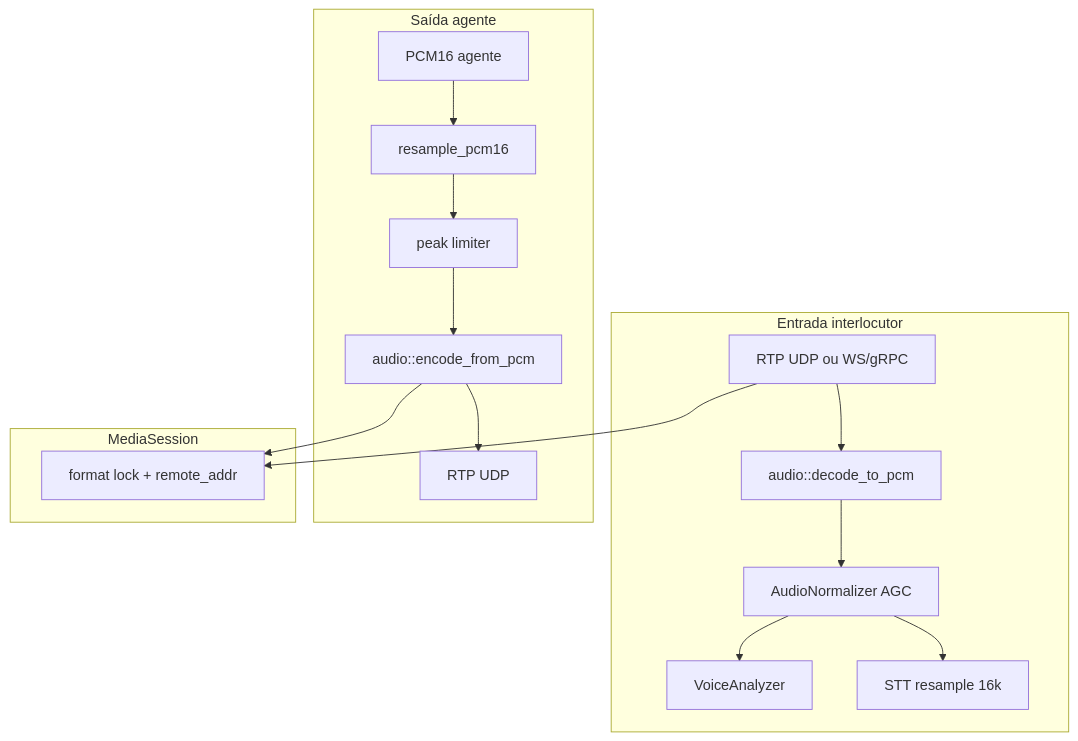
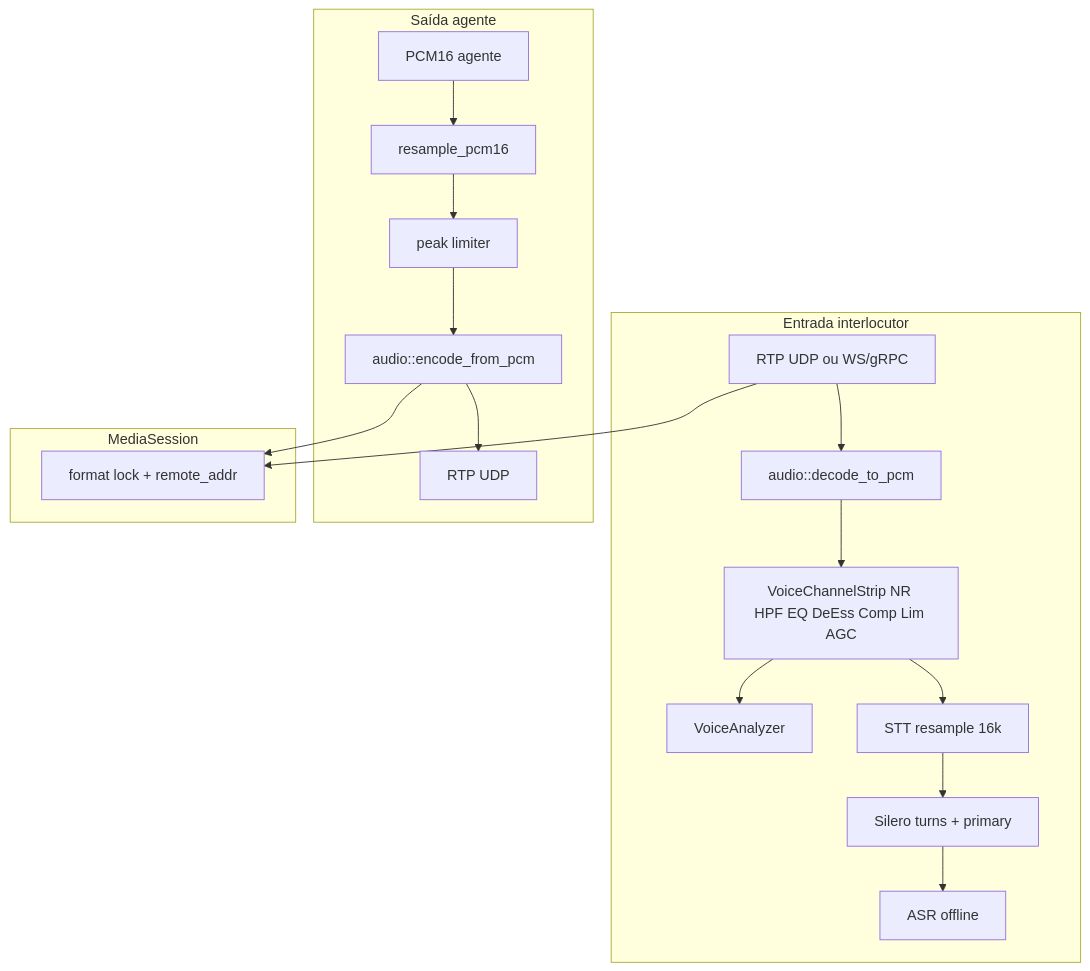
One commit to caiovmv/voiceqas changed the first of 2 diagrams in docs/spec/audio-pipeline.md. Above: the diagram before and after it, drawn with Mermaid. The commit also changed other lines of this file and 225 other files, not shown here.

````diff
--- a/docs/spec/audio-pipeline.md
+++ b/docs/spec/audio-pipeline.md
@@ -14,23 +14,25 @@
 ```mermaid
 flowchart TB
     subgraph inbound [Entrada interlocutor]
         RTP_IN[RTP UDP ou WS/gRPC] --> DEC[audio::decode_to_pcm]
-        DEC --> AGC[AudioNormalizer AGC]
-        AGC --> VQA[VoiceAnalyzer]
-        AGC --> STT[STT resample 16k]
+        DEC --> STRIP["VoiceChannelStrip NR HPF EQ DeEss Comp Lim AGC"]
+        STRIP --> VQA[VoiceAnalyzer]
+        STRIP --> STT[STT resample 16k]
+        STT --> DIA[Silero turns + primary]
+        DIA --> ASR[ASR offline]
     end
 
     subgraph egress [Saída agente]
         TTS[PCM16 agente] --> RS[resample_pcm16]
         RS --> LIM[peak limiter]
         LIM --> ENC[audio::encode_from_pcm]
         ENC --> UDP_OUT[RTP UDP]
     end
 
     subgraph session [MediaSession]
         LOCK[format lock + remote_addr]
     end
 
     RTP_IN --> LOCK
     ENC --> LOCK
 ```
````
